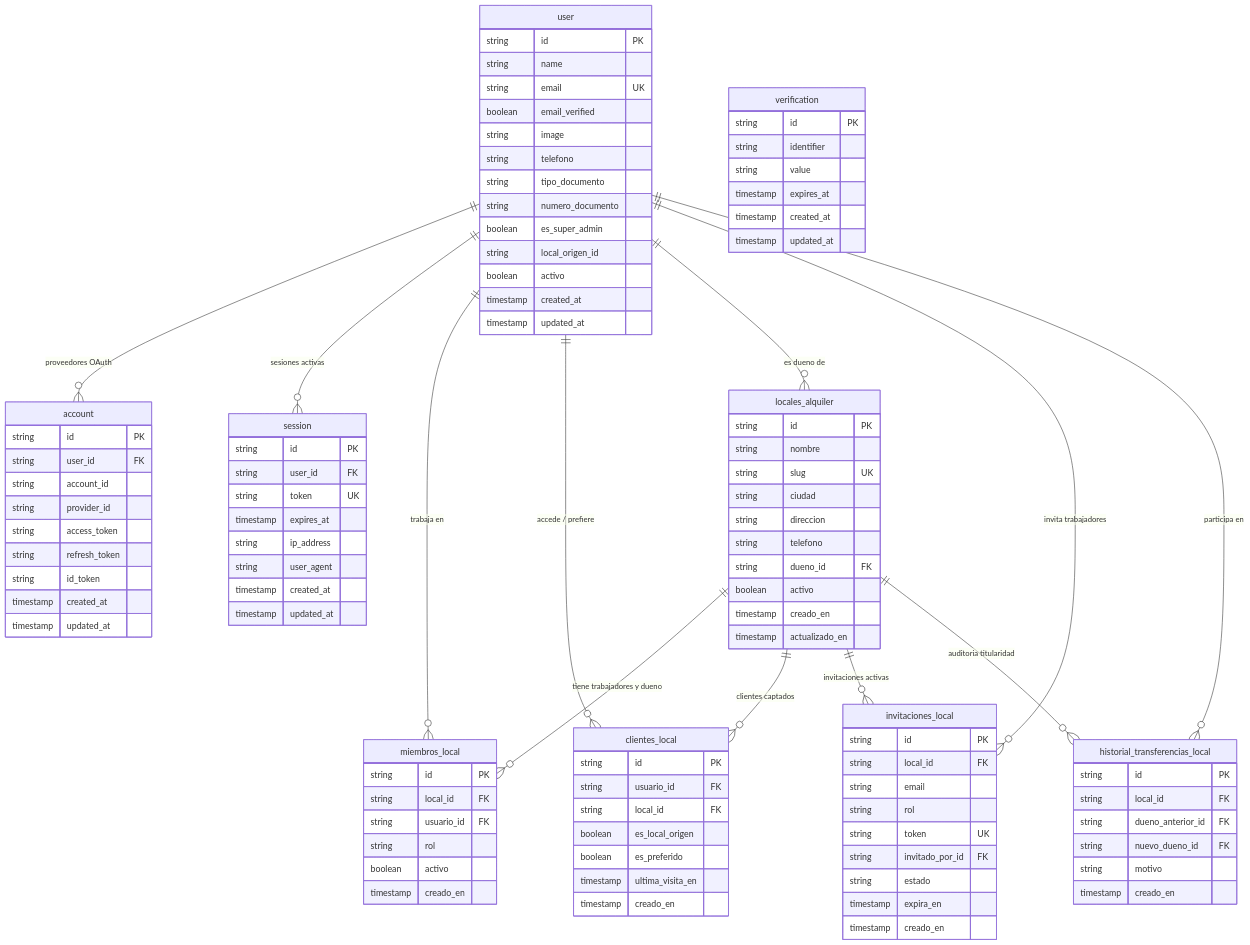
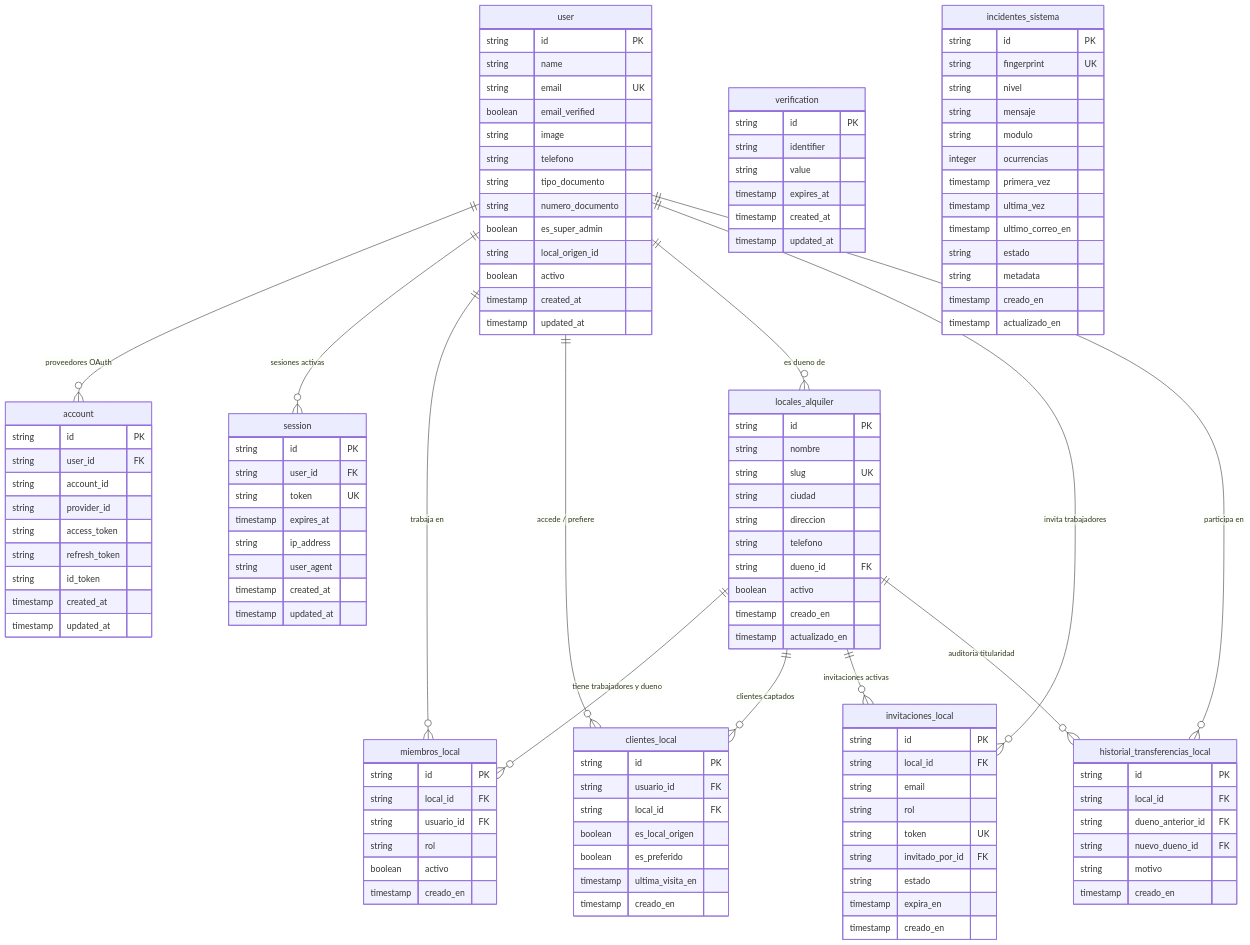
The diagram in docs/database.md (SantiagoPrada2005/flotax), drawn with Mermaid before and after one commit. The commit also changed other lines of this file and 37 other files, not shown here.

````diff
--- a/docs/database.md
+++ b/docs/database.md
@@ -262,4 +285,20 @@
         string motivo
         timestamp creado_en
     }
+
+    incidentes_sistema {
+        string id PK
+        string fingerprint UK
+        string nivel
+        string mensaje
+        string modulo
+        integer ocurrencias
+        timestamp primera_vez
+        timestamp ultima_vez
+        timestamp ultimo_correo_en
+        string estado
+        string metadata
+        timestamp creado_en
+        timestamp actualizado_en
+    }
 ```
````
